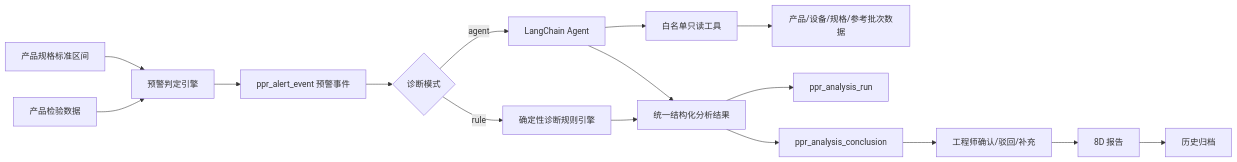
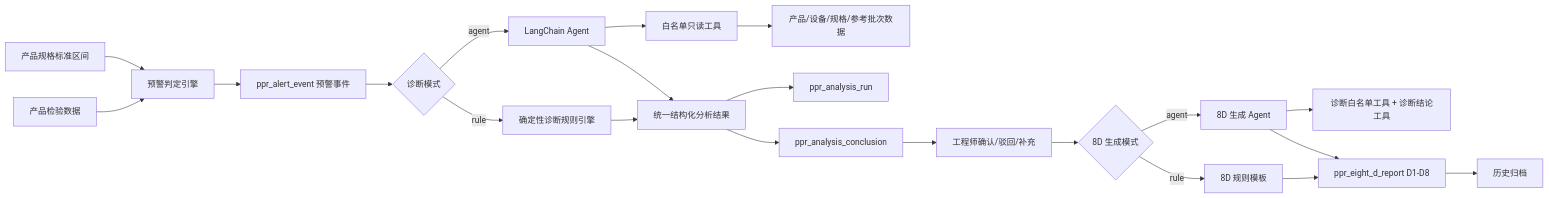
The first of 3 diagrams in code/doc/异常诊断Agent调用规则与分析逻辑.md (jsong2292-stack/PPR), drawn with Mermaid before and after one commit. The commit also changed other lines of this file and 17 other files, not shown here.

````diff
--- a/code/doc/异常诊断Agent调用规则与分析逻辑.md
+++ b/code/doc/异常诊断Agent调用规则与分析逻辑.md
@@ -45,18 +45,23 @@
 ```mermaid
 flowchart LR
     A[产品检验数据] --> B[预警判定引擎]
     C[产品规格标准区间] --> B
     B --> D[ppr_alert_event 预警事件]
     D --> E{诊断模式}
     E -->|rule| F[确定性诊断规则引擎]
     E -->|agent| G[LangChain Agent]
     G --> H[白名单只读工具]
     H --> I[产品/设备/规格/参考批次数据]
     F --> J[统一结构化分析结果]
     G --> J
     J --> K[ppr_analysis_run]
     J --> L[ppr_analysis_conclusion]
     L --> M[工程师确认/驳回/补充]
-    M --> N[8D 报告]
+    M --> P{8D 生成模式}
+    P -->|rule| Q[8D 规则模板]
+    P -->|agent| R[8D 生成 Agent]
+    R --> S[诊断白名单工具 + 诊断结论工具]
+    Q --> N[ppr_eight_d_report D1-D8]
+    R --> N
     N --> O[历史归档]
 ```
````
